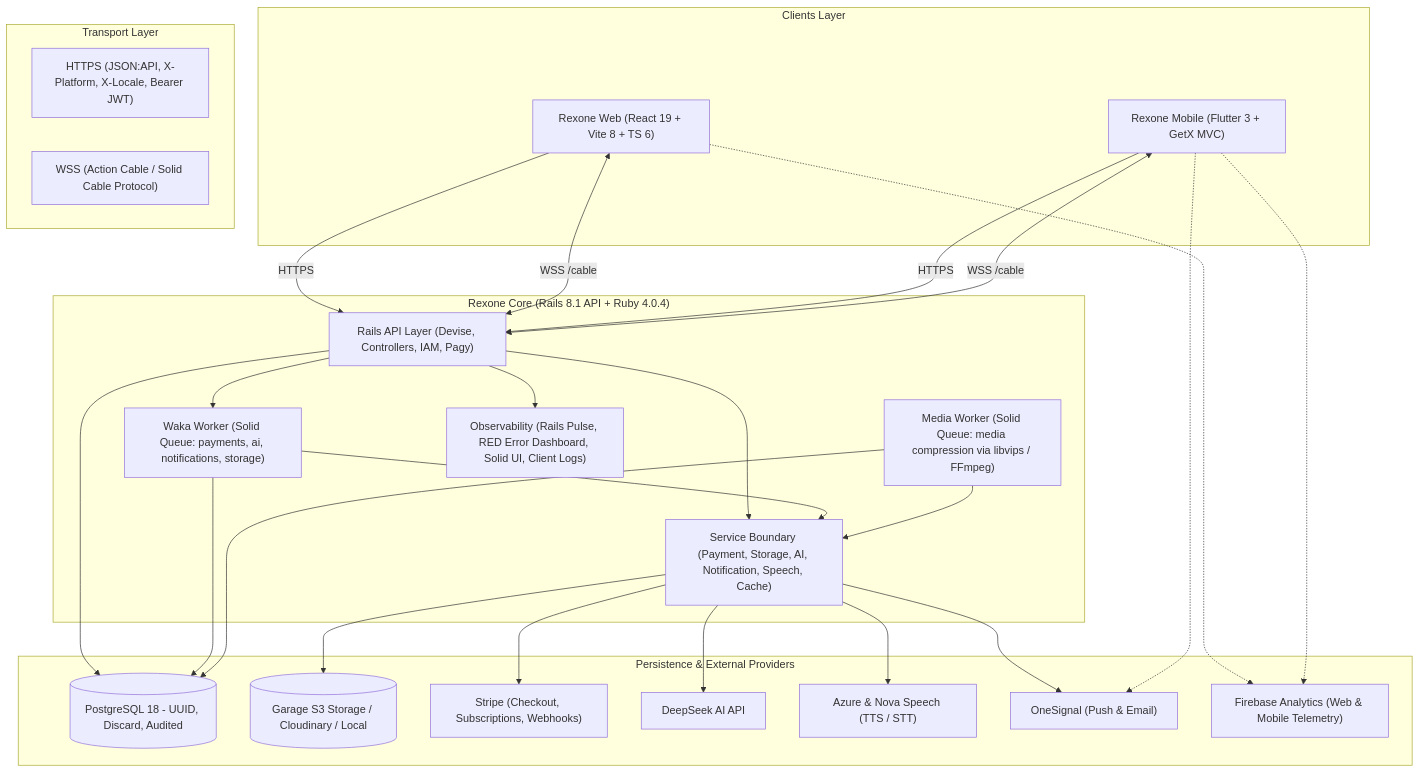
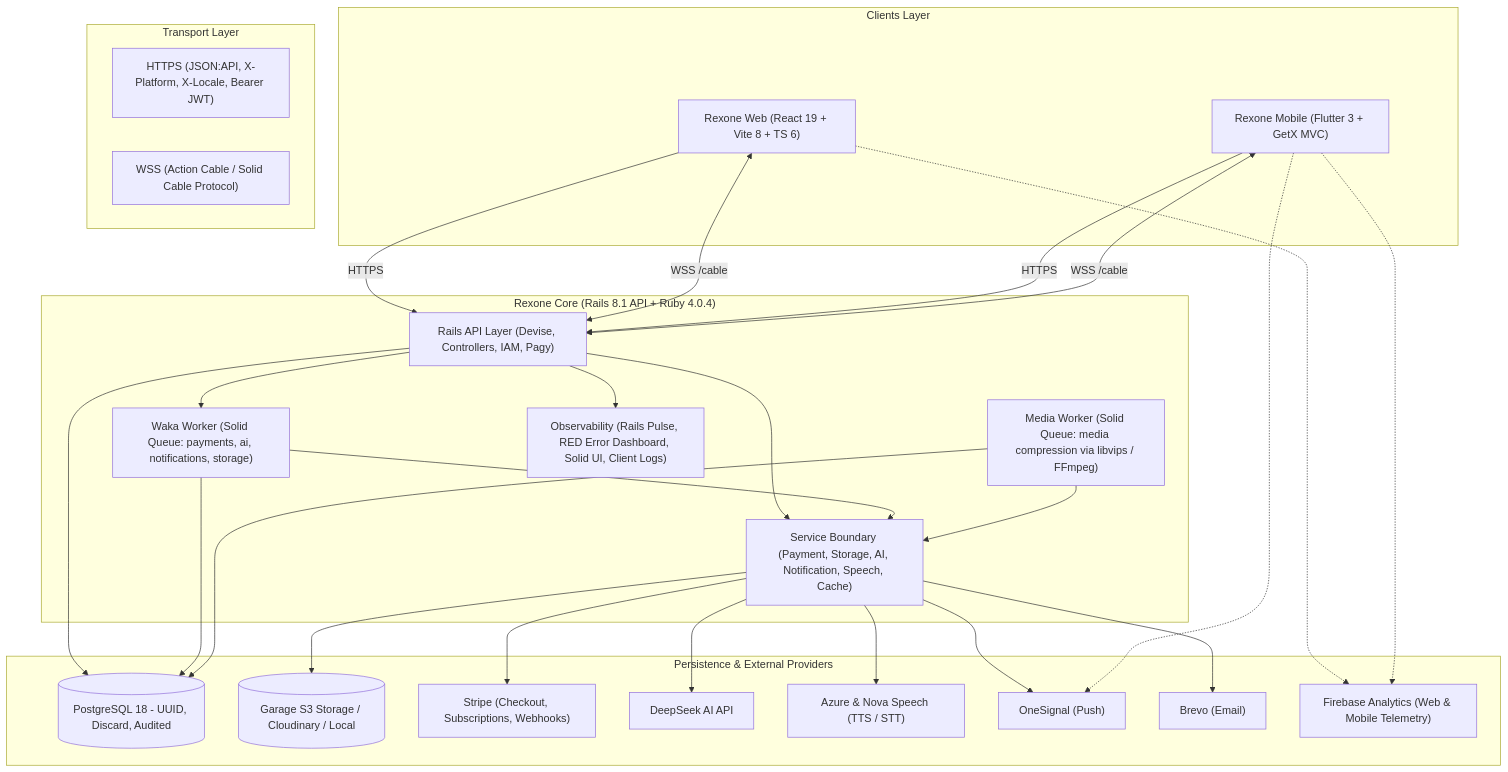
The diagram in ECOSYSTEM.md (rex-9/rexone-core), drawn with Mermaid before and after one commit. The commit also changed other lines of this file and 25 other files, not shown here.

Commit message:
brevo email

````diff
--- a/ECOSYSTEM.md
+++ b/ECOSYSTEM.md
@@ -35,53 +35,55 @@
 ```mermaid
 flowchart TB
     subgraph Clients["Clients Layer"]
         Web["Rexone Web (React 19 + Vite 8 + TS 6)"]
         Mobile["Rexone Mobile (Flutter 3 + GetX MVC)"]
     end
 
     subgraph Transport["Transport Layer"]
         HTTPS["HTTPS (JSON:API, X-Platform, X-Locale, Bearer JWT)"]
         WSS["WSS (Action Cable / Solid Cable Protocol)"]
     end
 
     subgraph Core["Rexone Core (Rails 8.1 API + Ruby 4.0.4)"]
         API["Rails API Layer (Devise, Controllers, IAM, Pagy)"]
         Waka["Waka Worker (Solid Queue: payments, ai, notifications, storage)"]
         Media["Media Worker (Solid Queue: media compression via libvips / FFmpeg)"]
         Services["Service Boundary (Payment, Storage, AI, Notification, Speech, Cache)"]
         Obs["Observability (Rails Pulse, RED Error Dashboard, Solid UI, Client Logs)"]
     end
 
     subgraph Providers["Persistence & External Providers"]
         Postgres[(PostgreSQL 18 - UUID, Discard, Audited)]
         Garage[(Garage S3 Storage / Cloudinary / Local)]
         Stripe["Stripe (Checkout, Subscriptions, Webhooks)"]
         DeepSeek["DeepSeek AI API"]
         Speech["Azure & Nova Speech (TTS / STT)"]
-        OneSignal["OneSignal (Push & Email)"]
+        OneSignal["OneSignal (Push)"]
+        Brevo["Brevo (Email)"]
         Firebase["Firebase Analytics (Web & Mobile Telemetry)"]
     end
 
     Web -->|HTTPS| API
     Web <-->|WSS /cable| API
     Mobile -->|HTTPS| API
     Mobile <-->|WSS /cable| API
 
     API --> Postgres
     API --> Services
     API --> Obs
     API --> Waka
     Waka --> Postgres
     Waka --> Services
     Media --> Postgres
     Media --> Services
 
     Services --> Stripe
     Services --> DeepSeek
     Services --> Speech
     Services --> OneSignal
+    Services --> Brevo
     Services --> Garage
     Web -.-> Firebase
     Mobile -.-> Firebase
     Mobile -.-> OneSignal
 ```
````
